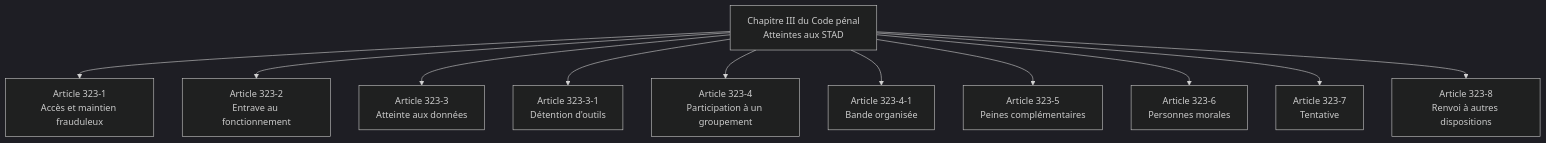
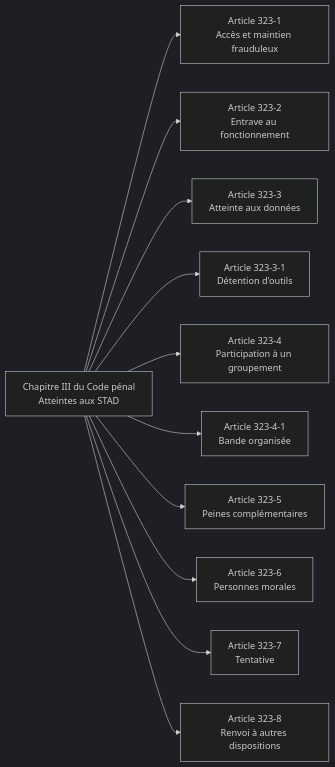
One commit to zyrass/omnydocs changed the first of 4 diagrams in docs/cursus-forensic/01-cycle-0-fondations/module-1-legislation/03-articles-323.md. Above: the diagram before and after it, drawn with Mermaid (dark theme). The commit also changed other lines of this file and 989 other files, not shown here.

````diff
--- a/docs/cursus-forensic/01-cycle-0-fondations/module-1-legislation/03-articles-323.md
+++ b/docs/cursus-forensic/01-cycle-0-fondations/module-1-legislation/03-articles-323.md
@@ -52,14 +52,14 @@
 ```mermaid
-flowchart TB
+flowchart LR
     A[Chapitre III du Code pénal<br>Atteintes aux STAD]
     A --> B[Article 323-1<br>Accès et maintien frauduleux]
     A --> C[Article 323-2<br>Entrave au fonctionnement]
     A --> D[Article 323-3<br>Atteinte aux données]
     A --> E[Article 323-3-1<br>Détention d'outils]
     A --> F[Article 323-4<br>Participation à un groupement]
     A --> G[Article 323-4-1<br>Bande organisée]
     A --> H[Article 323-5<br>Peines complémentaires]
     A --> I[Article 323-6<br>Personnes morales]
     A --> J[Article 323-7<br>Tentative]
     A --> K[Article 323-8<br>Renvoi à autres dispositions]
 ```
````
